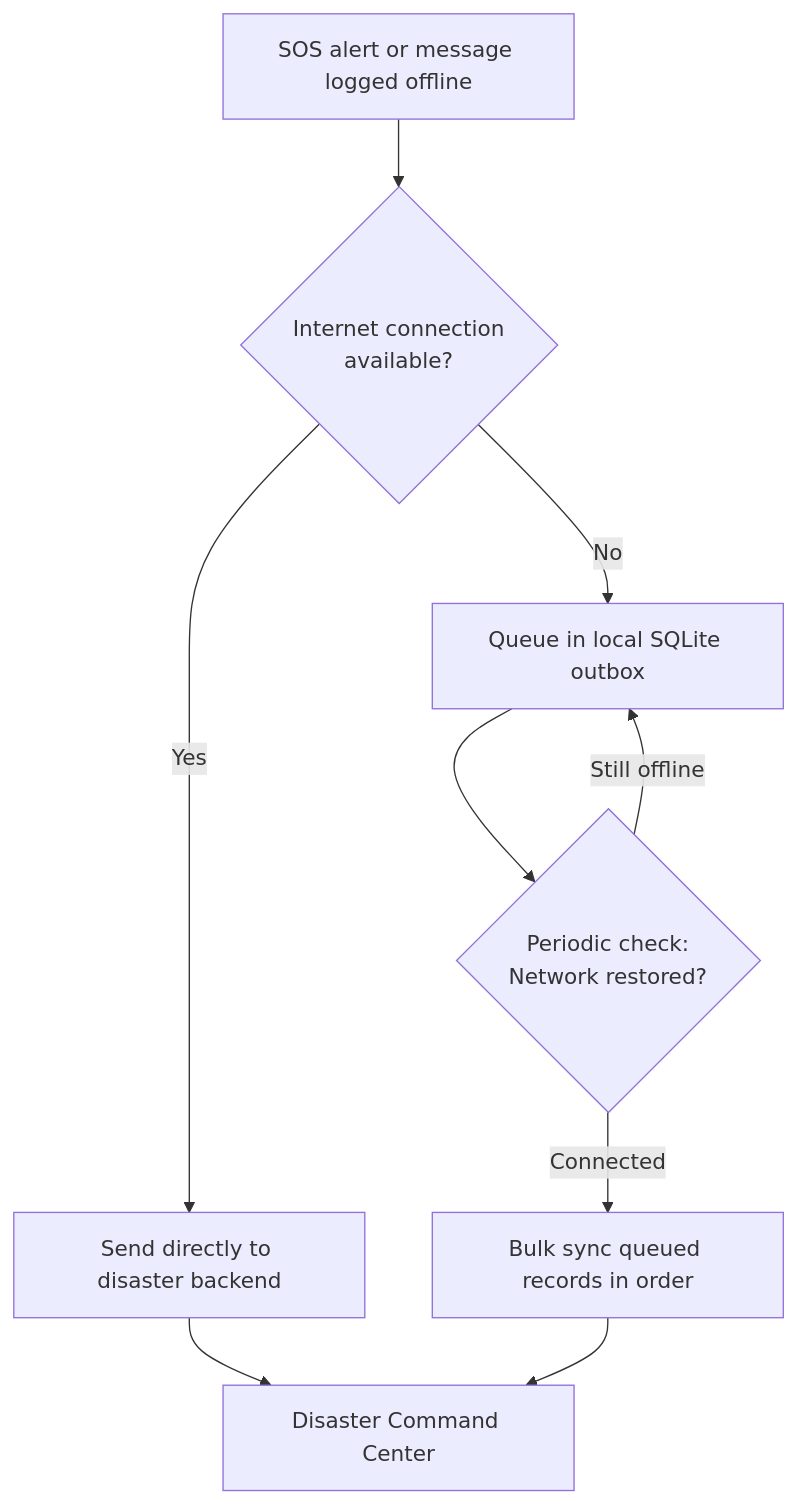
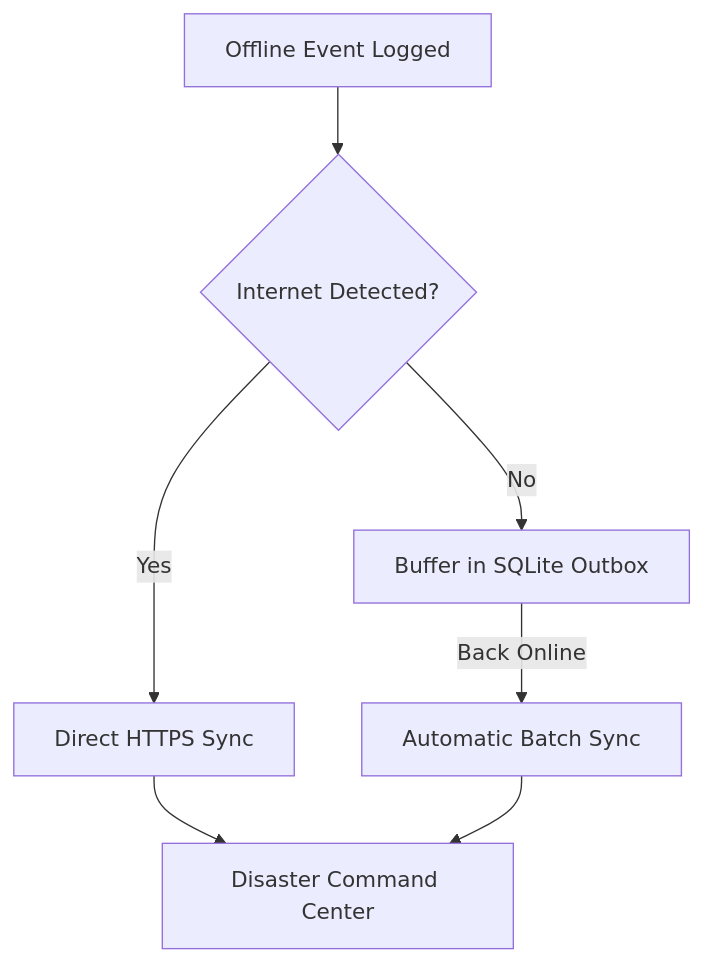
The fourth of 4 diagrams in README.md (angelverman2021-a11y/sahara), drawn with Mermaid before and after one commit. The commit also changed other lines of this file, not shown here.

Commit message:
docs: streamline and compact diagrams in README

````diff
--- a/README.md
+++ b/README.md
@@ -184,11 +136,9 @@
 ```mermaid
 flowchart TD
-    A["SOS alert or message logged offline"] --> B{"Internet connection<br/>available?"}
-    B -->|"Yes"| C["Send directly to disaster backend"]
-    B -->|"No"| D["Queue in local SQLite outbox"]
-    D --> E{"Periodic check:<br/>Network restored?"}
-    E -->|"Still offline"| D
-    E -->|"Connected"| F["Bulk sync queued records in order"]
-    C --> G["Disaster Command Center"]
-    F --> G
+    A["Offline Event Logged"] --> B{"Internet Detected?"}
+    B -->|"Yes"| C["Direct HTTPS Sync"]
+    B -->|"No"| D["Buffer in SQLite Outbox"]
+    D -->|"Back Online"| E["Automatic Batch Sync"]
+    C --> F["Disaster Command Center"]
+    E --> F
 ```
````
